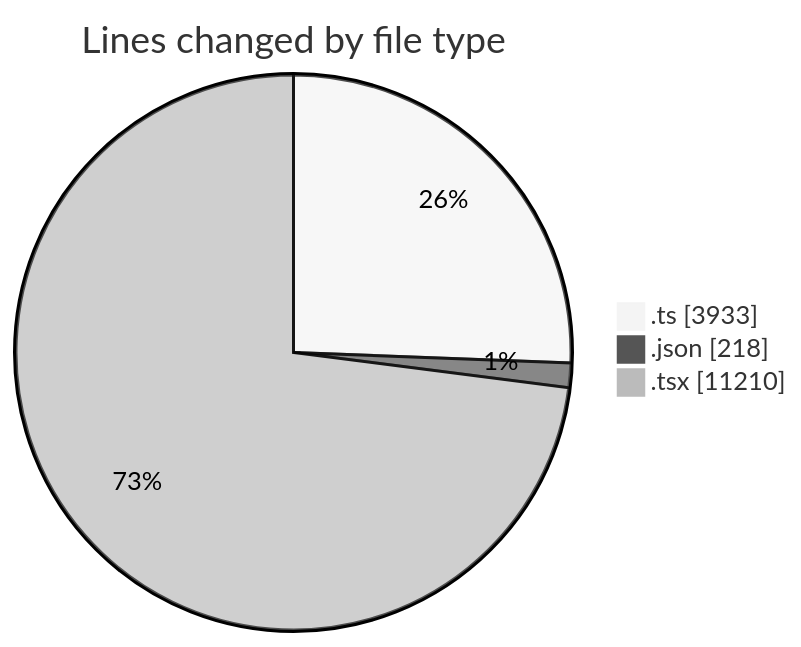
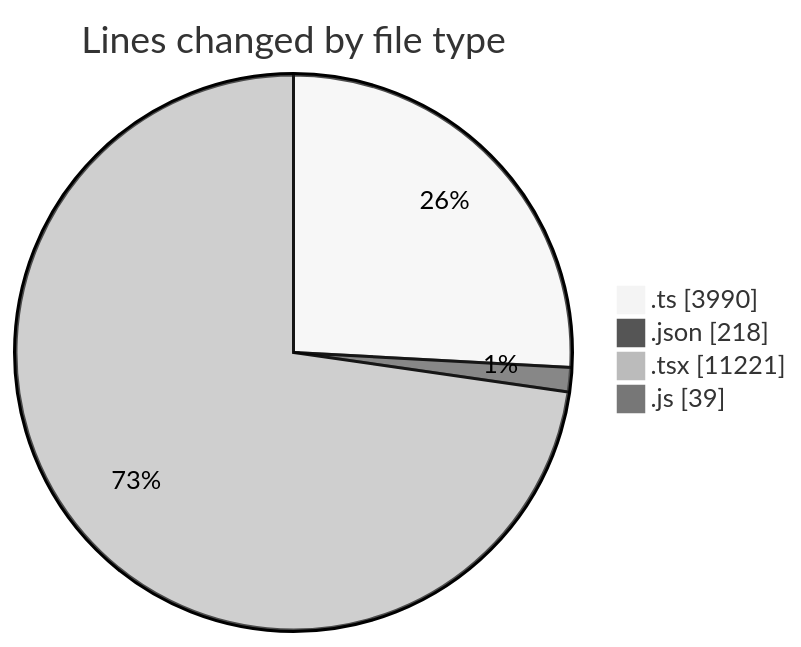
One commit to nxtqubesakshisongat/code-tracking changed the first of 2 diagrams in 2026-03-16/nxtqube_webapp/README.md. Above: the diagram before and after it, drawn with Mermaid (neutral theme). The commit also changed other lines of this file and 1 other file, not shown here.

````diff
--- a/2026-03-16/nxtqube_webapp/README.md
+++ b/2026-03-16/nxtqube_webapp/README.md
@@ -58,7 +59,8 @@
 ```mermaid
 pie showData
 title Lines changed by file type
-".ts" : 3933
+".ts" : 3990
 ".json" : 218
-".tsx" : 11210
+".tsx" : 11221
+".js" : 39
 ```
````
